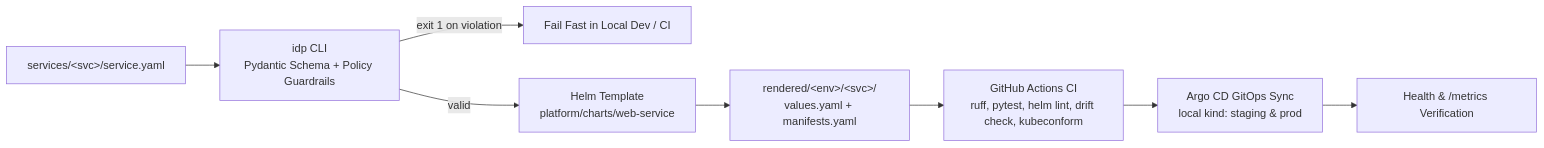
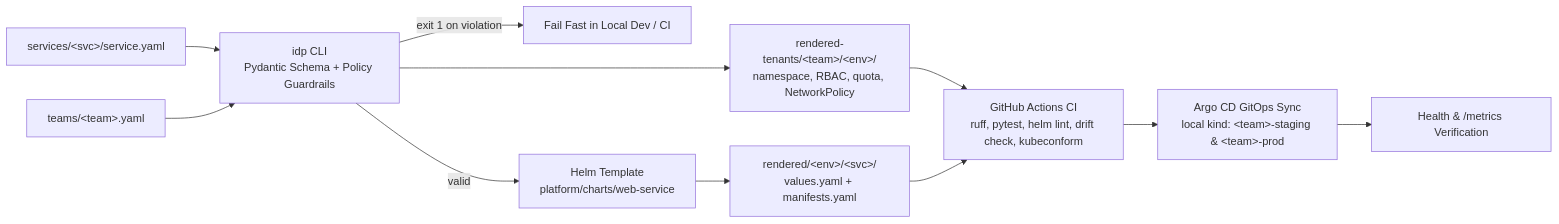
One commit to mohananarasimha/internal-developer-platform changed the diagram in README.md. Above: the diagram before and after it, drawn with Mermaid. The commit also changed other lines of this file and 38 other files, not shown here.

First line of the commit message:
Add team tenancy: per-team namespaces with RBAC, quota, and default-deny ingress (#17)

````diff
--- a/README.md
+++ b/README.md
@@ -7,10 +7,13 @@
 ```mermaid
 flowchart LR
     A[services/&lt;svc&gt;/service.yaml] --> B[idp CLI<br/>Pydantic Schema + Policy Guardrails]
+    T[teams/&lt;team&gt;.yaml] --> B
+    B --> TN[rendered-tenants/&lt;team&gt;/&lt;env&gt;/<br/>namespace, RBAC, quota, NetworkPolicy]
+    TN --> E
     B -->|exit 1 on violation| X[Fail Fast in Local Dev / CI]
     B -->|valid| C[Helm Template<br/>platform/charts/web-service]
     C --> D[rendered/&lt;env&gt;/&lt;svc&gt;/<br/>values.yaml + manifests.yaml]
     D --> E[GitHub Actions CI<br/>ruff, pytest, helm lint, drift check, kubeconform]
-    E --> F[Argo CD GitOps Sync<br/>local kind: staging &amp; prod]
+    E --> F[Argo CD GitOps Sync<br/>local kind: &lt;team&gt;-staging &amp; &lt;team&gt;-prod]
     F --> G[Health &amp; /metrics Verification]
 ```
````
